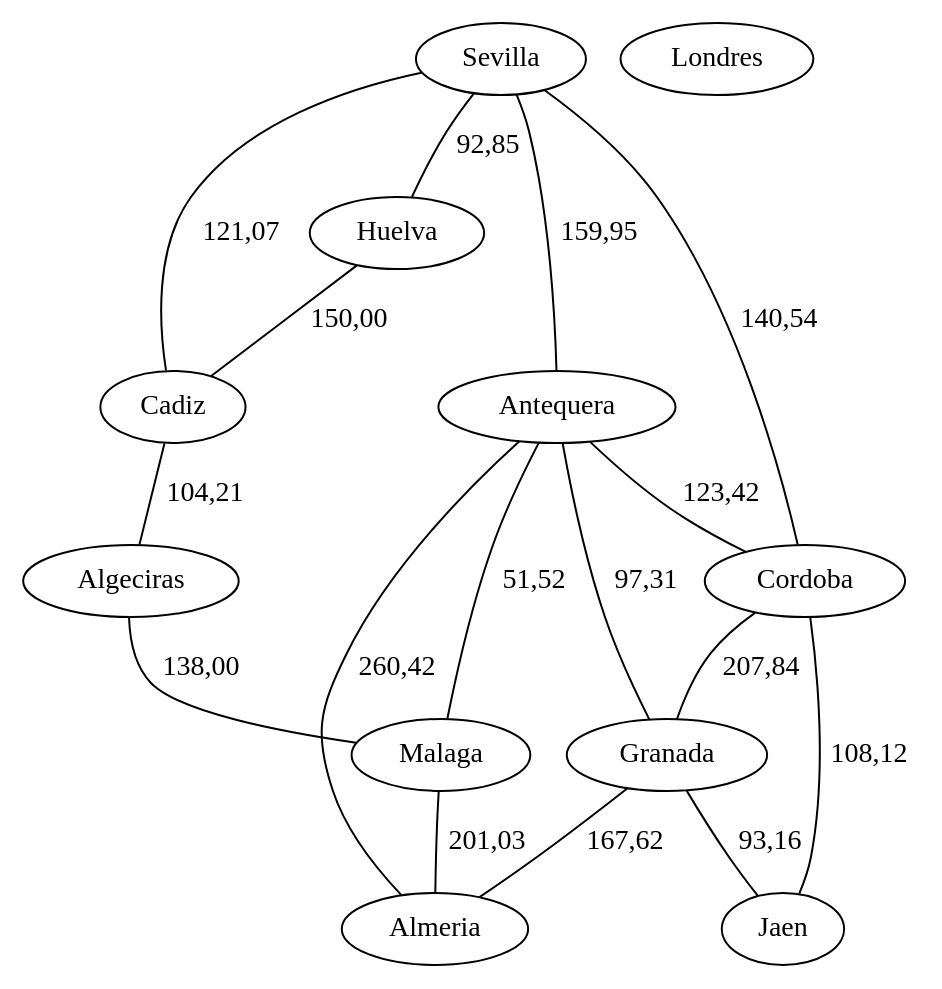
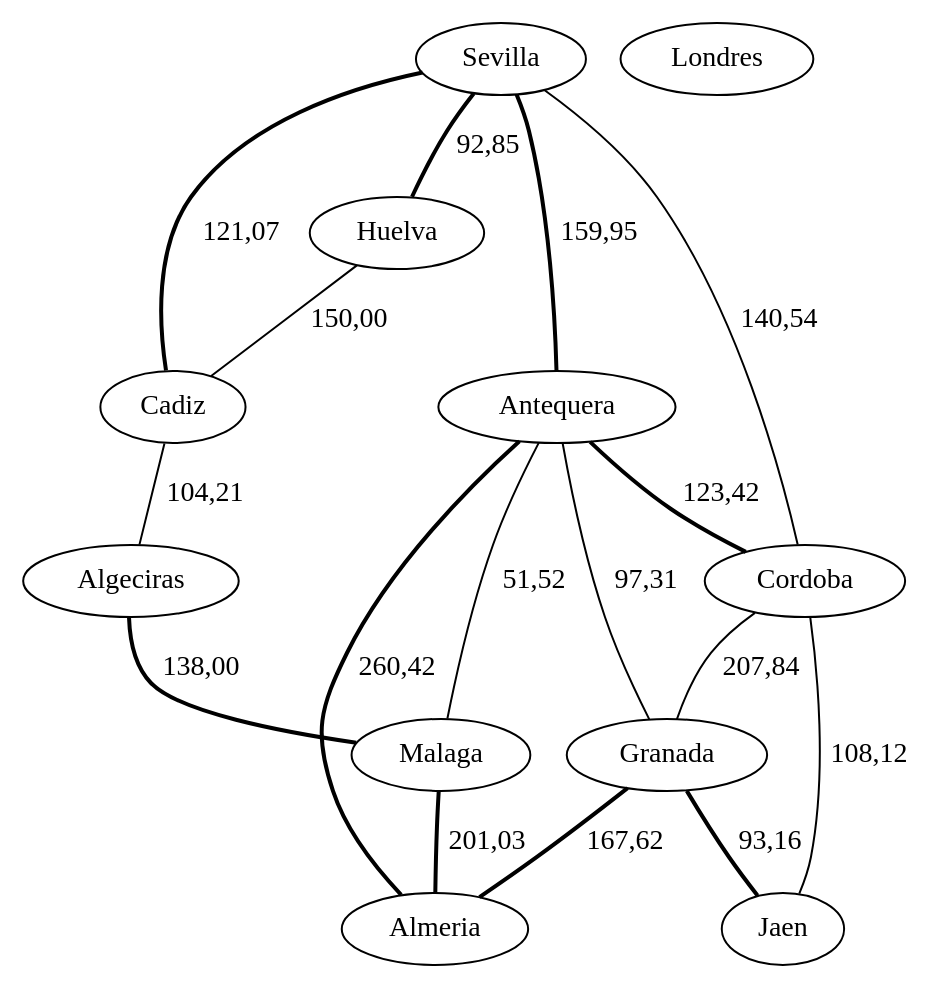
Before and after one commit to migueltoro/ada_v2_18: the diagram in java/EjemplosDeGrafos/ficheros/andaluciaAStar.gv, drawn with Graphviz. The commit also changed 250 other files, not shown here.

```diff
--- a/java/EjemplosDeGrafos/ficheros/andaluciaAStar.gv
+++ b/java/EjemplosDeGrafos/ficheros/andaluciaAStar.gv
@@ -1,29 +1,29 @@
 strict graph G {
   1 [ color="black" label="Sevilla" ];
   2 [ color="black" label="Cadiz" ];
   3 [ color="black" label="Huelva" ];
   4 [ color="black" label="Cordoba" ];
   5 [ color="black" label="Malaga" ];
   6 [ color="black" label="Antequera" ];
   7 [ color="black" label="Almeria" ];
   8 [ color="black" label="Granada" ];
   9 [ color="black" label="Jaen" ];
   10 [ color="black" label="Algeciras" ];
   11 [ color="black" label="Londres" ];
-  1 -- 3 [ style="solid" label="92,85" ];
+  1 -- 3 [ style="bold" label="92,85" ];
   1 -- 4 [ style="solid" label="140,54" ];
-  1 -- 2 [ style="solid" label="121,07" ];
-  1 -- 6 [ style="solid" label="159,95" ];
+  1 -- 2 [ style="bold" label="121,07" ];
+  1 -- 6 [ style="bold" label="159,95" ];
   3 -- 2 [ style="solid" label="150,00" ];
   6 -- 8 [ style="solid" label="97,31" ];
   6 -- 5 [ style="solid" label="51,52" ];
-  6 -- 4 [ style="solid" label="123,42" ];
-  6 -- 7 [ style="solid" label="260,42" ];
-  5 -- 7 [ style="solid" label="201,03" ];
+  6 -- 4 [ style="bold" label="123,42" ];
+  6 -- 7 [ style="bold" label="260,42" ];
+  5 -- 7 [ style="bold" label="201,03" ];
   4 -- 9 [ style="solid" label="108,12" ];
   4 -- 8 [ style="solid" label="207,84" ];
-  8 -- 7 [ style="solid" label="167,62" ];
-  8 -- 9 [ style="solid" label="93,16" ];
+  8 -- 7 [ style="bold" label="167,62" ];
+  8 -- 9 [ style="bold" label="93,16" ];
   2 -- 10 [ style="solid" label="104,21" ];
-  10 -- 5 [ style="solid" label="138,00" ];
+  10 -- 5 [ style="bold" label="138,00" ];
 }
```
